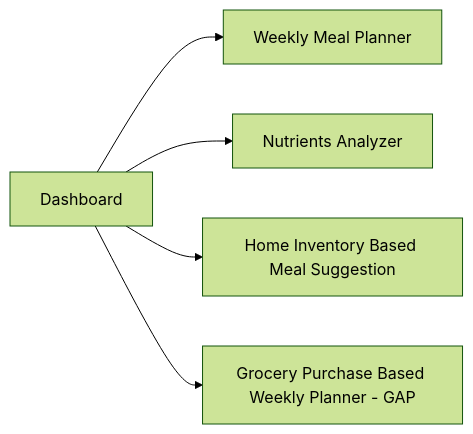
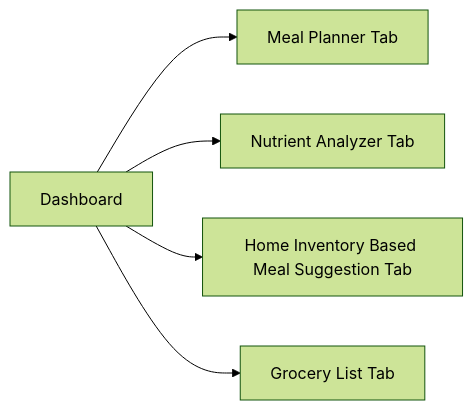
One commit to subhi19/nutriwise-ai changed the fifth of 9 diagrams in docs/frontend-flow-and-business-logic.md. Above: the diagram before and after it, drawn with Mermaid (forest theme). The commit also changed other lines of this file, not shown here.

Commit message:
Update frontend doc v1.2: finalize per-day meal type selection

````diff
--- a/docs/frontend-flow-and-business-logic.md
+++ b/docs/frontend-flow-and-business-logic.md
@@ -179,7 +186,7 @@
 ```mermaid
 flowchart LR
-    D[Dashboard] --> T1[Weekly Meal Planner]
-    D --> T2[Nutrients Analyzer]
-    D --> T3[Home Inventory Based Meal Suggestion]
-    D --> T4[Grocery Purchase Based Weekly Planner - GAP]
+    D[Dashboard] --> T1[Meal Planner Tab]
+    D --> T2[Nutrient Analyzer Tab]
+    D --> T3[Home Inventory Based Meal Suggestion Tab]
+    D --> T4[Grocery List Tab]
 ```
````
